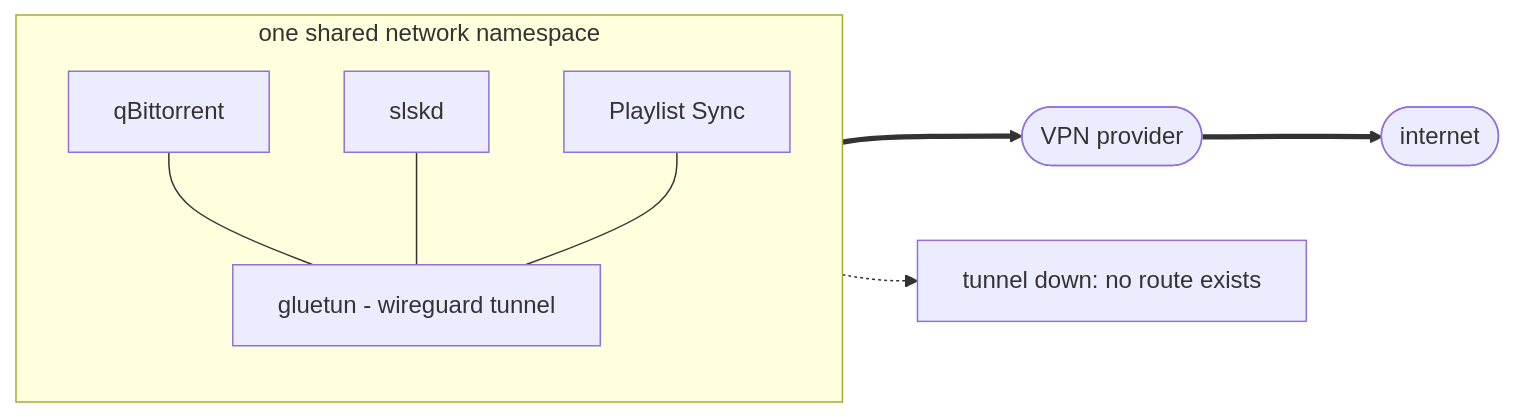
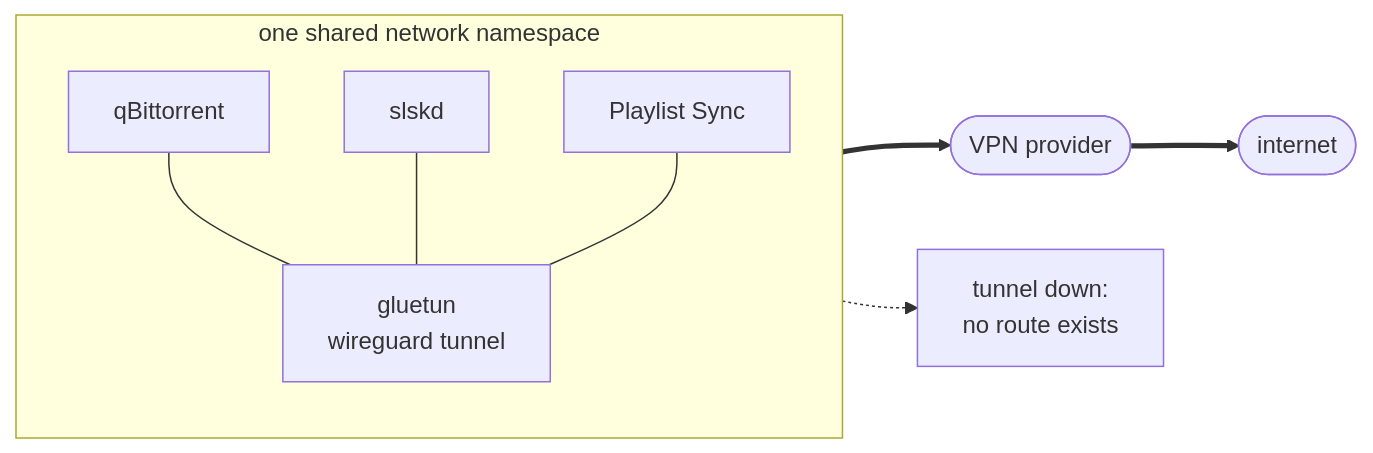
The second of 7 diagrams in site/content/architecture.md (defessler/Mediarr-Installer), drawn with Mermaid before and after one commit. The commit also changed other lines of this file and 5 other files, not shown here.

````diff
--- a/site/content/architecture.md
+++ b/site/content/architecture.md
@@ -62,17 +63,17 @@
 ```mermaid
 flowchart LR
   subgraph ns["one shared network namespace"]
     direction TB
-    g["gluetun - wireguard tunnel"]
+    g["gluetun<br/>wireguard tunnel"]
     q["qBittorrent"]
     s["slskd"]
     p["Playlist Sync"]
   end
 
   q --- g
   s --- g
   p --- g
   g ==> vpn(["VPN provider"])
   vpn ==> net(["internet"])
-  g -.-> x["tunnel down: no route exists"]
+  g -.-> x["tunnel down:<br/>no route exists"]
 ```
````
